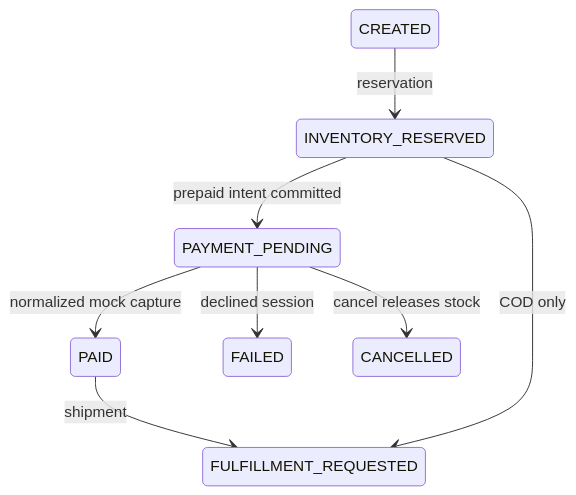
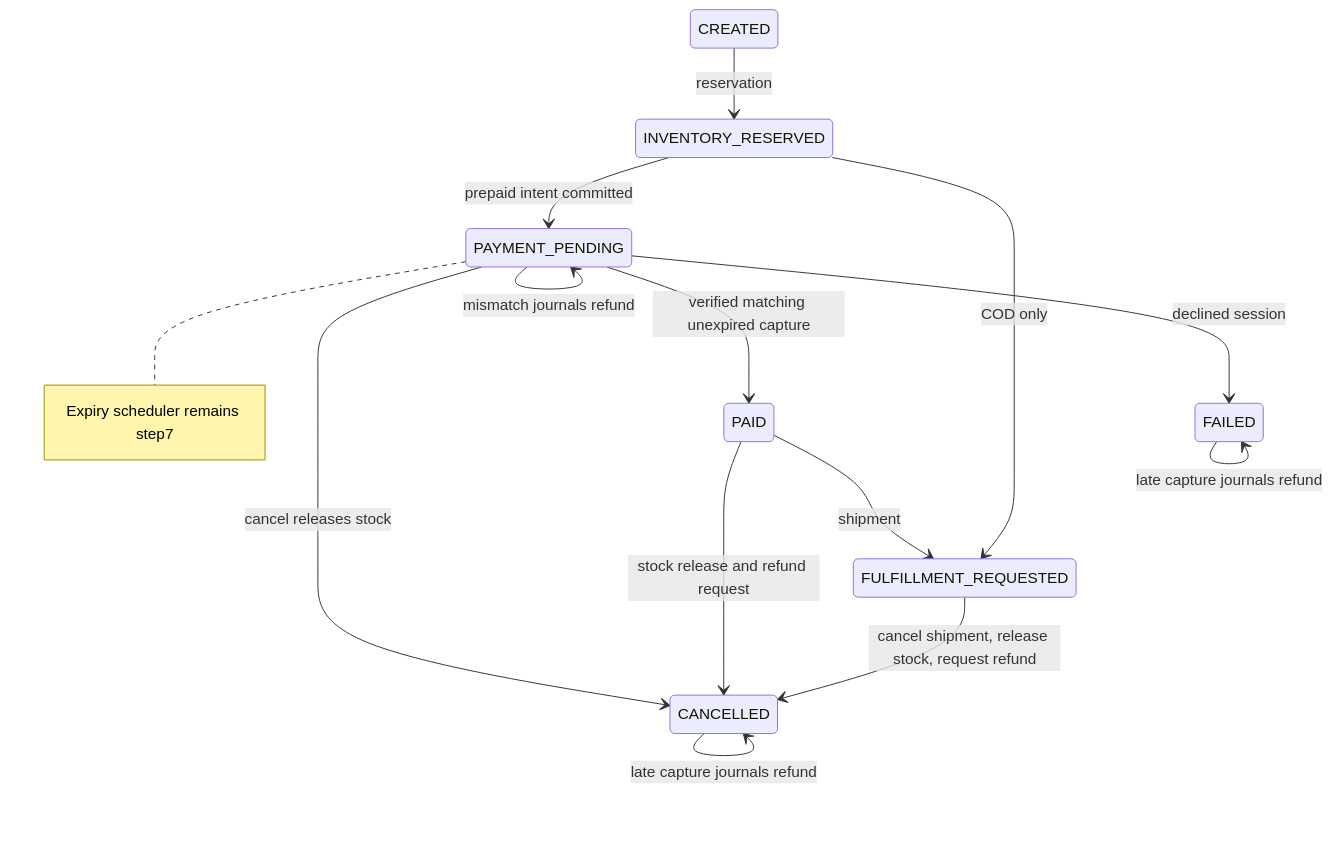
Before and after one commit to noohkhan7232/event-driven-order-orchestration-system: the first of 8 diagrams in docs/reports/phase-3b-report.md, drawn with Mermaid. The commit also changed other lines of this file, not shown here.

````diff
--- a/docs/reports/phase-3b-report.md
+++ b/docs/reports/phase-3b-report.md
@@ -19,10 +22,16 @@
 ```mermaid
 stateDiagram-v2
     CREATED --> INVENTORY_RESERVED: reservation
     INVENTORY_RESERVED --> PAYMENT_PENDING: prepaid intent committed
-    PAYMENT_PENDING --> PAID: normalized mock capture
+    PAYMENT_PENDING --> PAID: verified matching unexpired capture
     PAID --> FULFILLMENT_REQUESTED: shipment
     INVENTORY_RESERVED --> FULFILLMENT_REQUESTED: COD only
     PAYMENT_PENDING --> FAILED: declined session
     PAYMENT_PENDING --> CANCELLED: cancel releases stock
+    PAYMENT_PENDING --> PAYMENT_PENDING: mismatch journals refund
+    PAID --> CANCELLED: stock release and refund request
+    FULFILLMENT_REQUESTED --> CANCELLED: cancel shipment, release stock, request refund
+    CANCELLED --> CANCELLED: late capture journals refund
+    FAILED --> FAILED: late capture journals refund
+    note right of PAYMENT_PENDING: Expiry scheduler remains step7
 ```
````
